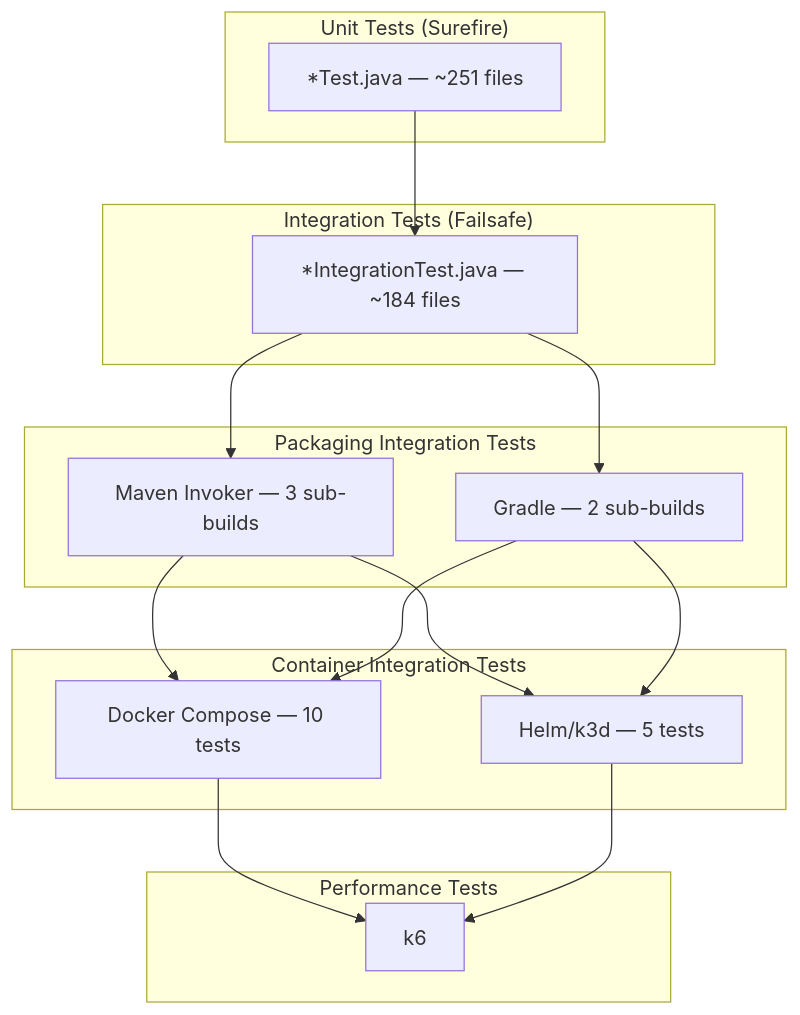
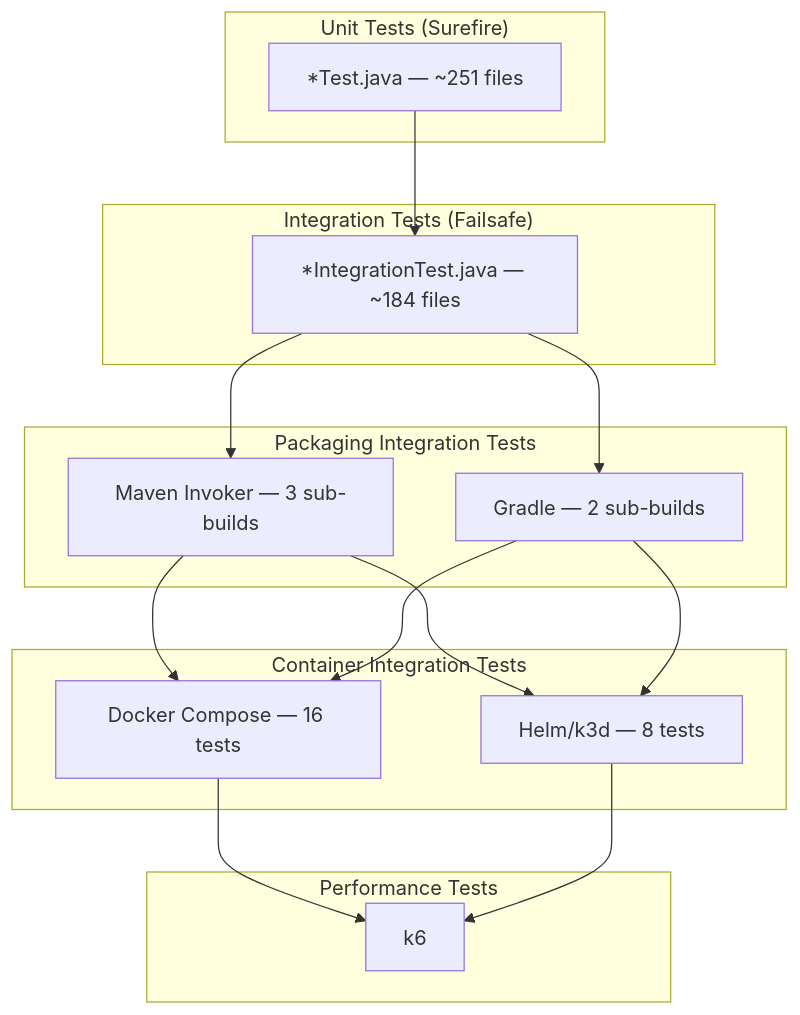
One commit to weotr/mockserver-monorepo changed the first of 3 diagrams in docs/testing.md. Above: the diagram before and after it, drawn with Mermaid. The commit also changed other lines of this file and 16 other files, not shown here.

````diff
--- a/docs/testing.md
+++ b/docs/testing.md
@@ -7,21 +7,21 @@
 ```mermaid
 graph TB
     subgraph "Unit Tests (Surefire)"
         UT["*Test.java — ~251 files"]
     end
     subgraph "Integration Tests (Failsafe)"
         IT["*IntegrationTest.java — ~184 files"]
     end
     subgraph "Packaging Integration Tests"
         MI["Maven Invoker — 3 sub-builds"]
         GI["Gradle — 2 sub-builds"]
     end
     subgraph "Container Integration Tests"
-        DC["Docker Compose — 10 tests"]
-        HT["Helm/k3d — 5 tests"]
+        DC["Docker Compose — 16 tests"]
+        HT["Helm/k3d — 8 tests"]
     end
     subgraph "Performance Tests"
         PT["k6"]
     end
     UT --> IT --> MI & GI --> DC & HT --> PT
 ```
````
